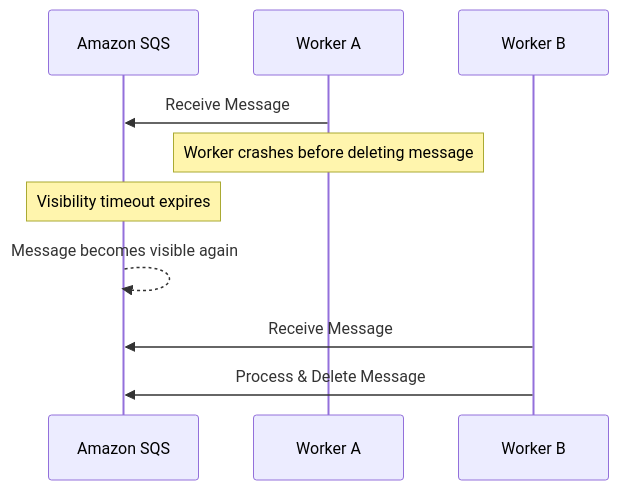
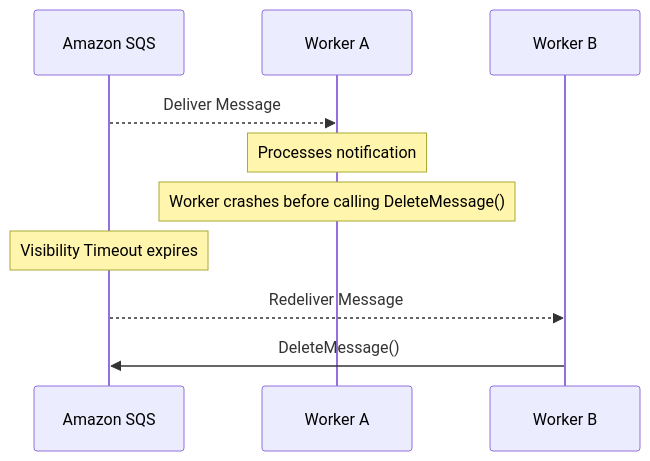
Before and after one commit to AmbyHasan/HMS: the sixth of 8 diagrams in docs/04-Scaling-Design.md, drawn with Mermaid. The commit also changed other lines of this file, not shown here.

Commit message:
Fix scaling doc

````diff
--- a/docs/04-Scaling-Design.md
+++ b/docs/04-Scaling-Design.md
@@ -110,13 +110,15 @@
 ```mermaid
 sequenceDiagram
     participant SQS as Amazon SQS
     participant W1 as Worker A
     participant W2 as Worker B
 
-    W1->>SQS: Receive Message
-    Note over W1: Worker crashes before deleting message
-    Note over SQS: Visibility timeout expires
-    SQS-->>SQS: Message becomes visible again
-    W2->>SQS: Receive Message
-    W2->>SQS: Process & Delete Message
+    SQS-->>W1: Deliver Message
+    Note over W1: Processes notification
+    Note over W1: Worker crashes before calling DeleteMessage()
+
+    Note over SQS: Visibility Timeout expires
+    SQS-->>W2: Redeliver Message
+
+    W2->>SQS: DeleteMessage()
 ```
````
